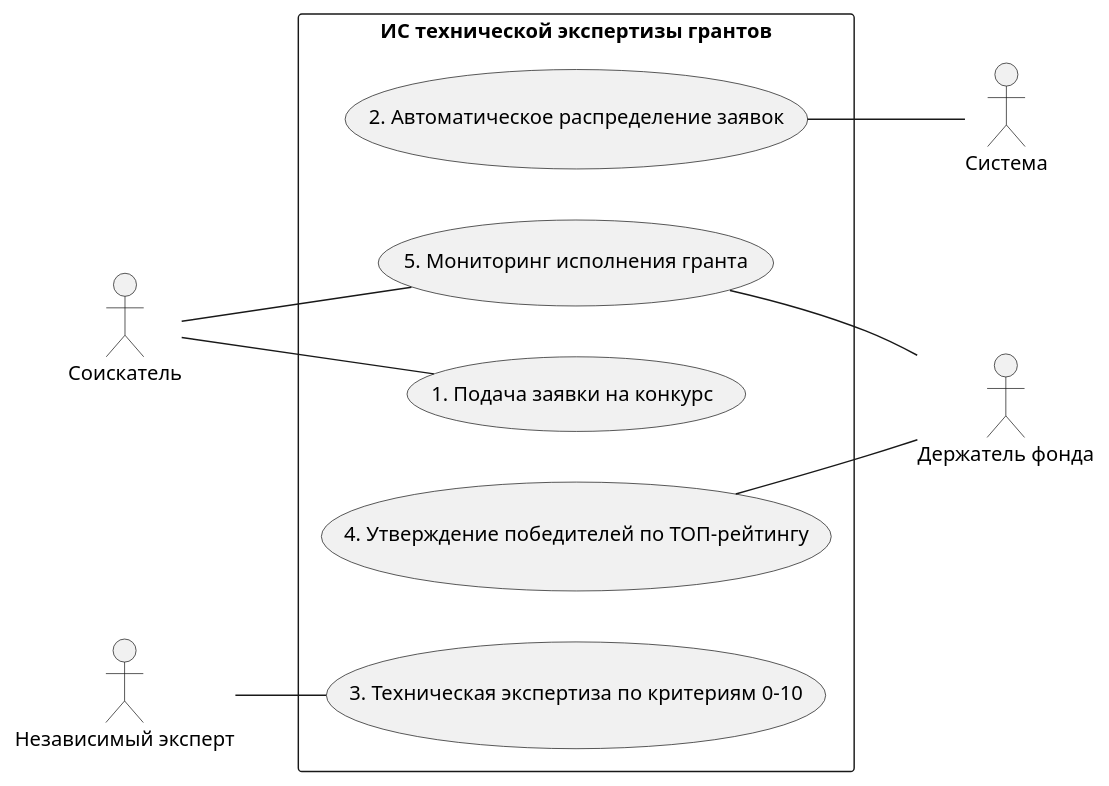
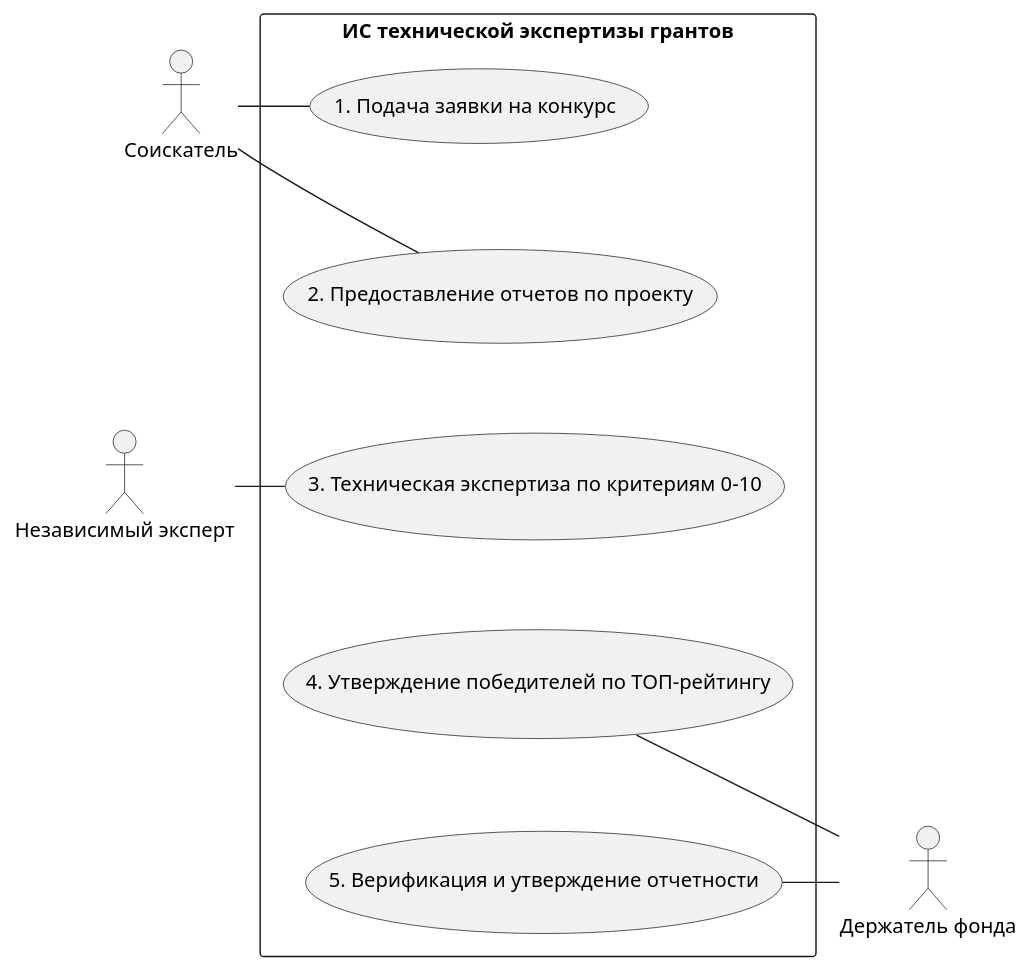
One commit to penamarth/bsbo-10-24_team4_var9_techexp changed the diagram in диаграмма прецедентов.md. Above: the diagram before and after it, drawn with PlantUML.

Commit message:
изменения в диаграмме прецедентов

````diff
--- a/диаграмма прецедентов.md
+++ b/диаграмма прецедентов.md
@@ -3,30 +3,31 @@
 ```plantuml
 @startuml
 skinparam packageStyle rect
-left to right direction
+
+package "ИС технической экспертизы грантов" {
+  (1. Подача заявки на конкурс) as submit
+  (2. Предоставление отчетов по проекту) as reports_submit
+  (3. Техническая экспертиза по критериям 0-10) as review
+  (4. Утверждение победителей по ТОП-рейтингу) as approve
+  (5. Верификация и утверждение отчетности) as reports_check
+
+  submit -down[hidden]-> reports_submit
+  reports_submit -down[hidden]-> review
+  review -down[hidden]-> approve
+  approve -down[hidden]-> reports_check
+}
 
 :Соискатель: as applicant
 :Независимый эксперт: as expert
+:Держатель фонда: as manager
 
-:Держатель фонда: as manager
-:Система: as system
+submit -left-- applicant
+reports_submit -left-- applicant
 
-package "ИС технической экспертизы грантов" {
-  
-  (1. Подача заявки на конкурс) as submit
-  (2. Автоматическое распределение заявок) as auto_assign
-  (3. Техническая экспертиза по критериям 0-10) as review
-  (4. Утверждение победителей по ТОП-рейтингу) as approve
-  (5. Мониторинг исполнения гранта) as monitoring
-}
+review -left-- expert
 
-applicant -- submit
-applicant -- monitoring
-expert -- review
-
-auto_assign -- system
-approve -- manager
-monitoring -- manager
+approve -right-- manager
+reports_check -right-- manager
 
 @endum
 ```
````
